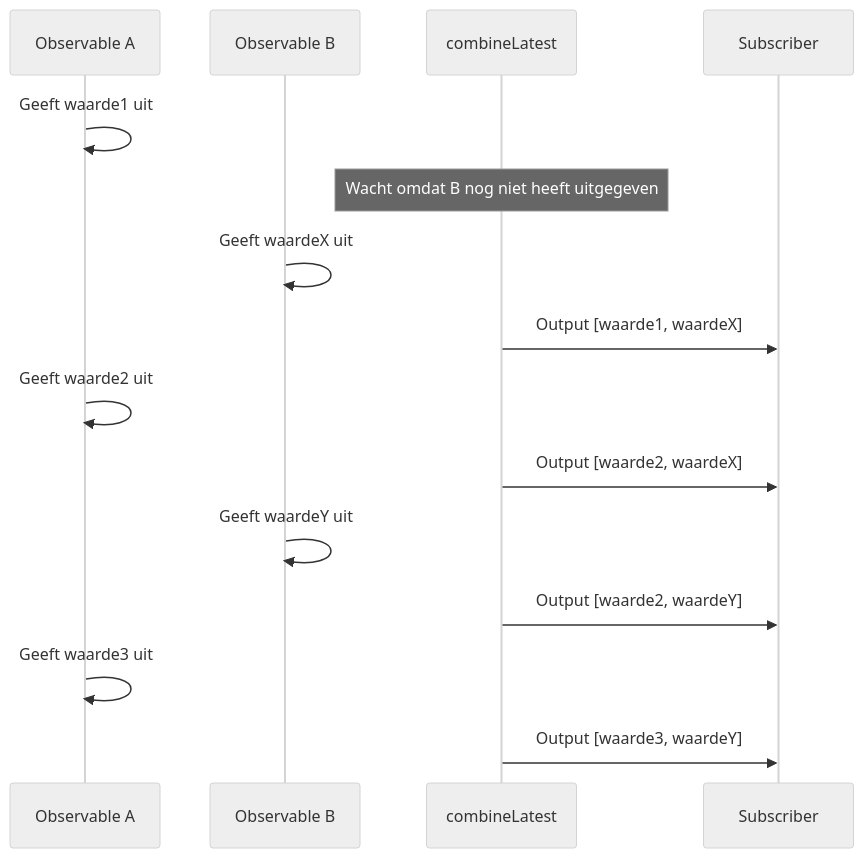
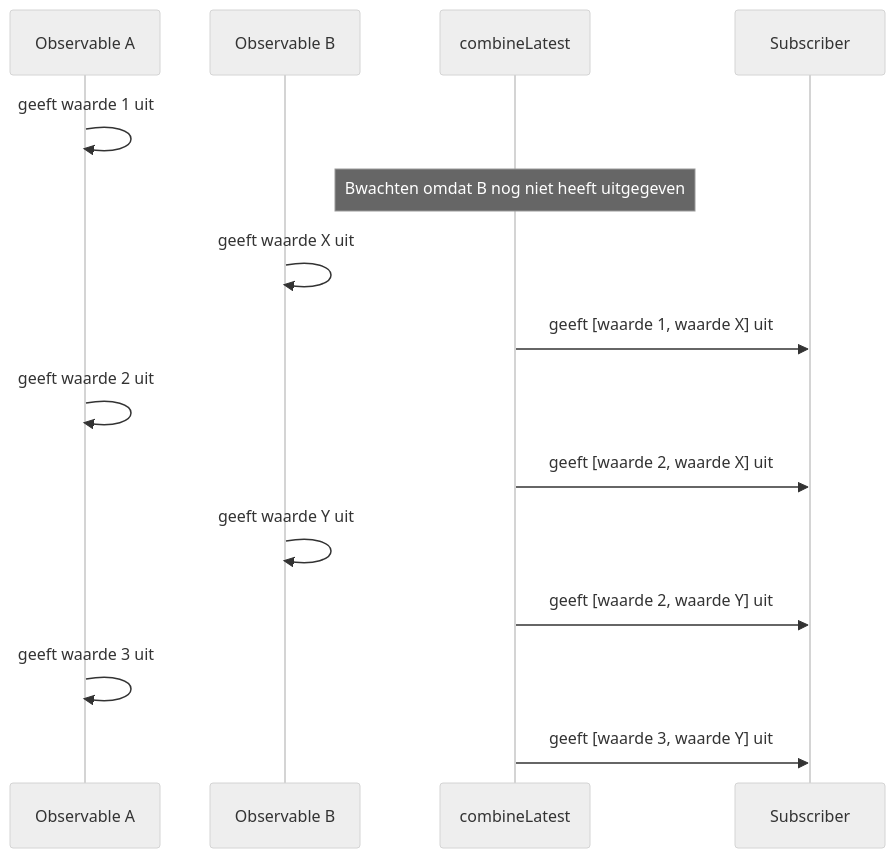
The second of 4 diagrams in docs/nl/guide/creation-functions/combination/forkJoin-vs-combineLatest.md (shuji-bonji/RxJS-with-TypeScript), drawn with Mermaid (neutral theme) before and after one commit. The commit also changed other lines of this file and 6 other files, not shown here.

````diff
--- a/docs/nl/guide/creation-functions/combination/forkJoin-vs-combineLatest.md
+++ b/docs/nl/guide/creation-functions/combination/forkJoin-vs-combineLatest.md
@@ -54,18 +57,18 @@
 ```mermaid
 sequenceDiagram
     participant A as Observable A
     participant B as Observable B
     participant C as combineLatest
     participant S as Subscriber
 
-    A->>A: Geeft waarde1 uit
-    Note over C: Wacht omdat B nog niet heeft uitgegeven
-    B->>B: Geeft waardeX uit
-    C->>S: Output [waarde1, waardeX]
-    A->>A: Geeft waarde2 uit
-    C->>S: Output [waarde2, waardeX]
-    B->>B: Geeft waardeY uit
-    C->>S: Output [waarde2, waardeY]
-    A->>A: Geeft waarde3 uit
-    C->>S: Output [waarde3, waardeY]
+    A->>A: geeft waarde 1 uit
+    Note over C: Bwachten omdat B nog niet heeft uitgegeven
+    B->>B: geeft waarde X uit
+    C->>S: geeft [waarde 1, waarde X] uit
+    A->>A: geeft waarde 2 uit
+    C->>S: geeft [waarde 2, waarde X] uit
+    B->>B: geeft waarde Y uit
+    C->>S: geeft [waarde 2, waarde Y] uit
+    A->>A: geeft waarde 3 uit
+    C->>S: geeft [waarde 3, waarde Y] uit
 ```
````
